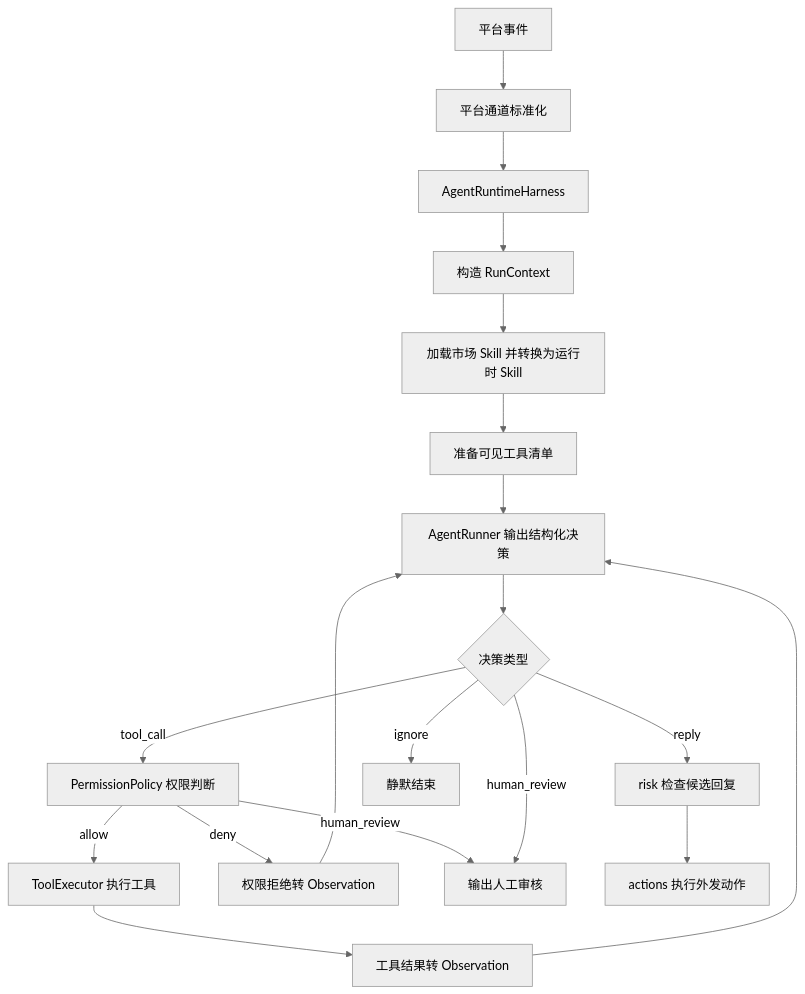
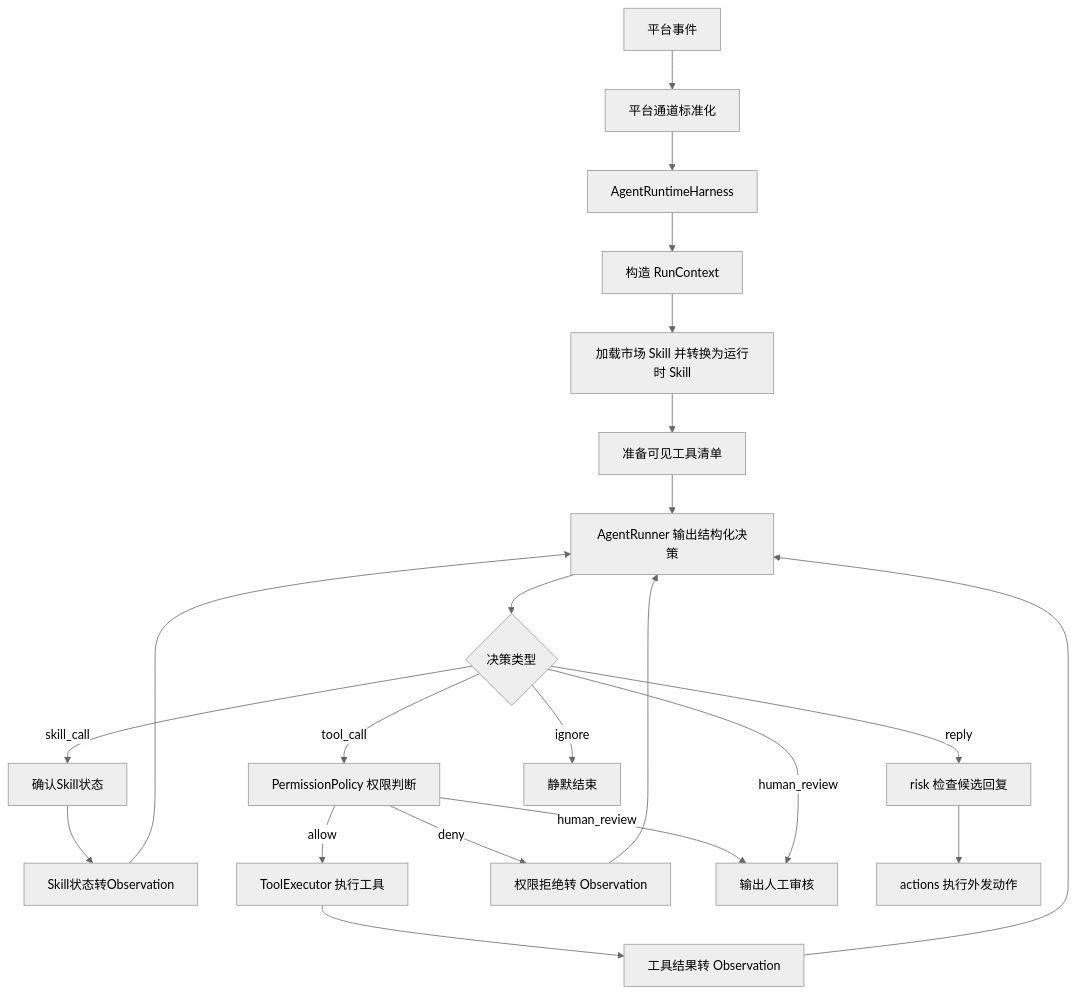
One commit to Yemomo511/ye-kitty changed the diagram in design-docs/Agent/agent-runtime-harness.md. Above: the diagram before and after it, drawn with Mermaid (neutral theme). The commit also changed other lines of this file and 8 other files, not shown here.

````diff
--- a/design-docs/Agent/agent-runtime-harness.md
+++ b/design-docs/Agent/agent-runtime-harness.md
@@ -34,21 +34,24 @@
 ```mermaid
 flowchart TD
   PlatformEvent["平台事件"] --> PlatformChannel["平台通道标准化"]
   PlatformChannel --> Harness["AgentRuntimeHarness"]
   Harness --> Context["构造 RunContext"]
   Context --> SkillRuntime["加载市场 Skill 并转换为运行时 Skill"]
   SkillRuntime --> ToolRegistry["准备可见工具清单"]
   ToolRegistry --> Runner["AgentRunner 输出结构化决策"]
   Runner --> Decision{"决策类型"}
+  Decision -->|skill_call| SkillCheck["确认Skill状态"]
+  SkillCheck --> SkillObservation["Skill状态转Observation"]
+  SkillObservation --> Runner
   Decision -->|tool_call| Permission["PermissionPolicy 权限判断"]
   Permission -->|allow| ToolExecutor["ToolExecutor 执行工具"]
   ToolExecutor --> Observation["工具结果转 Observation"]
   Observation --> Runner
   Permission -->|deny| DenyObservation["权限拒绝转 Observation"]
   DenyObservation --> Runner
   Permission -->|human_review| HumanReview["输出人工审核"]
   Decision -->|reply| Risk["risk 检查候选回复"]
   Decision -->|ignore| FinalIgnore["静默结束"]
   Decision -->|human_review| HumanReview
   Risk --> Actions["actions 执行外发动作"]
 ```
````
